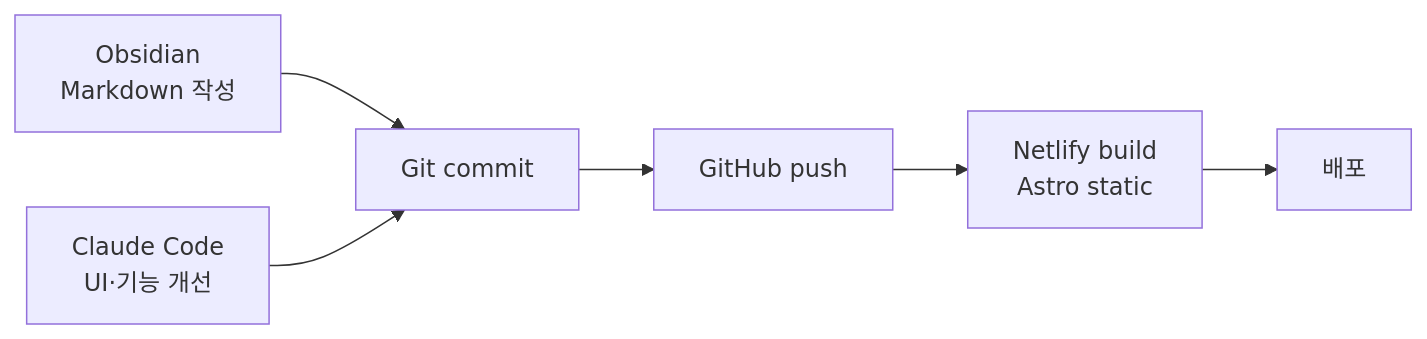
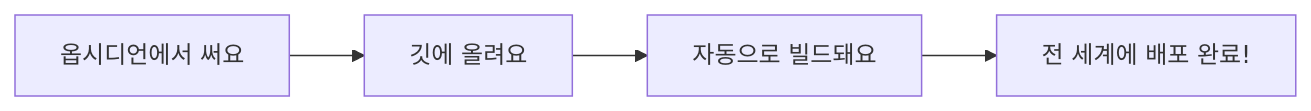
The diagram in src/content/projects/blog-operation.md (newhigen/blog-tech), drawn with Mermaid before and after one commit. The commit also changed other lines of this file and 9 other files, not shown here.

````diff
--- a/src/content/projects/blog-operation.md
+++ b/src/content/projects/blog-operation.md
@@ -25,8 +23,6 @@
 ```mermaid
 flowchart LR
-  A[Obsidian<br/>Markdown 작성] --> B[Git commit]
-  B --> C[GitHub push]
-  C --> D[Netlify build<br/>Astro static]
-  D --> E[배포]
-  F[Claude Code<br/>UI·기능 개선] --> B
+  A[옵시디언에서 써요] --> B[깃에 올려요]
+  B --> C[자동으로 빌드돼요]
+  C --> D[전 세계에 배포 완료!]
 ```
````
